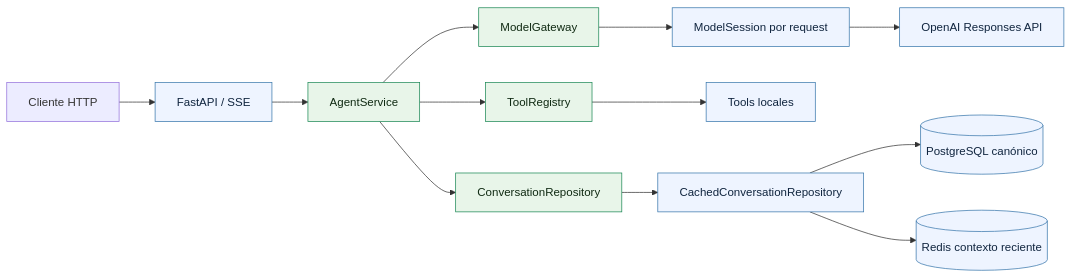
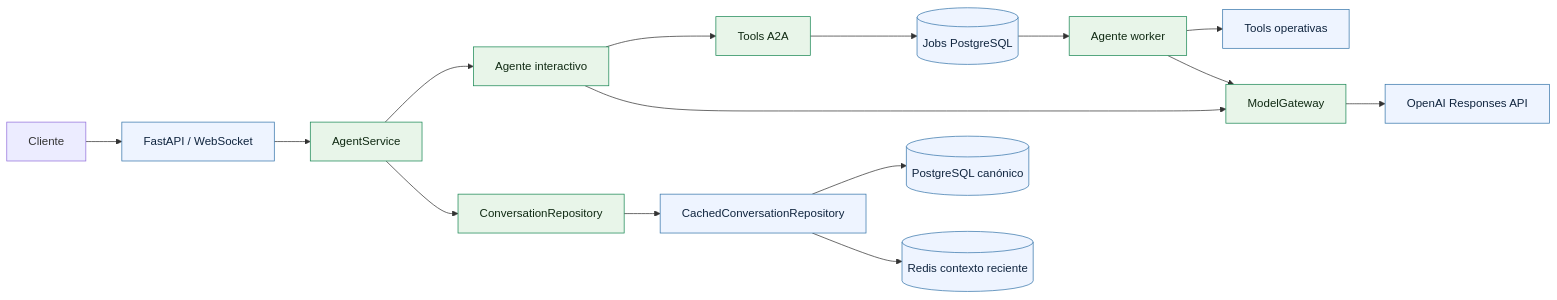
Before and after one commit to SergioReyesM24/TesseraFlow: the first of 2 diagrams in README.md, drawn with Mermaid. The commit also changed other lines of this file and 24 other files, not shown here.

Commit message:
Add durable A2A worker protocol

````diff
--- a/README.md
+++ b/README.md
@@ -123,19 +141,22 @@
 ```mermaid
 flowchart LR
-    Client[Cliente HTTP] --> API[FastAPI / SSE]
+    Client[Cliente] --> API[FastAPI / WebSocket]
     API --> Service[AgentService]
-    Service --> Gateway[ModelGateway]
-    Gateway --> Session[ModelSession por request]
-    Session --> OpenAI[OpenAI Responses API]
-    Service --> Registry[ToolRegistry]
-    Registry --> Tools[Tools locales]
+    Service --> Interactive[Agente interactivo]
+    Interactive --> Protocol[Tools A2A]
+    Protocol --> Jobs[(Jobs PostgreSQL)]
+    Jobs --> Worker[Agente worker]
+    Worker --> Tools[Tools operativas]
+    Interactive --> Gateway[ModelGateway]
+    Worker --> Gateway
+    Gateway --> OpenAI[OpenAI Responses API]
     Service --> Repository[ConversationRepository]
     Repository --> Cached[CachedConversationRepository]
     Cached --> PostgreSQL[(PostgreSQL canónico)]
     Cached --> Redis[(Redis contexto reciente)]
 
     classDef core fill:#e8f5e9,stroke:#198754,color:#102a13
     classDef adapter fill:#eef4ff,stroke:#3776ab,color:#10253f
-    class Service,Gateway,Registry,Repository core
-    class API,Session,OpenAI,Tools,Cached,PostgreSQL,Redis adapter
+    class Service,Interactive,Protocol,Worker,Gateway,Repository core
+    class API,OpenAI,Tools,Jobs,Cached,PostgreSQL,Redis adapter
 ```
````
